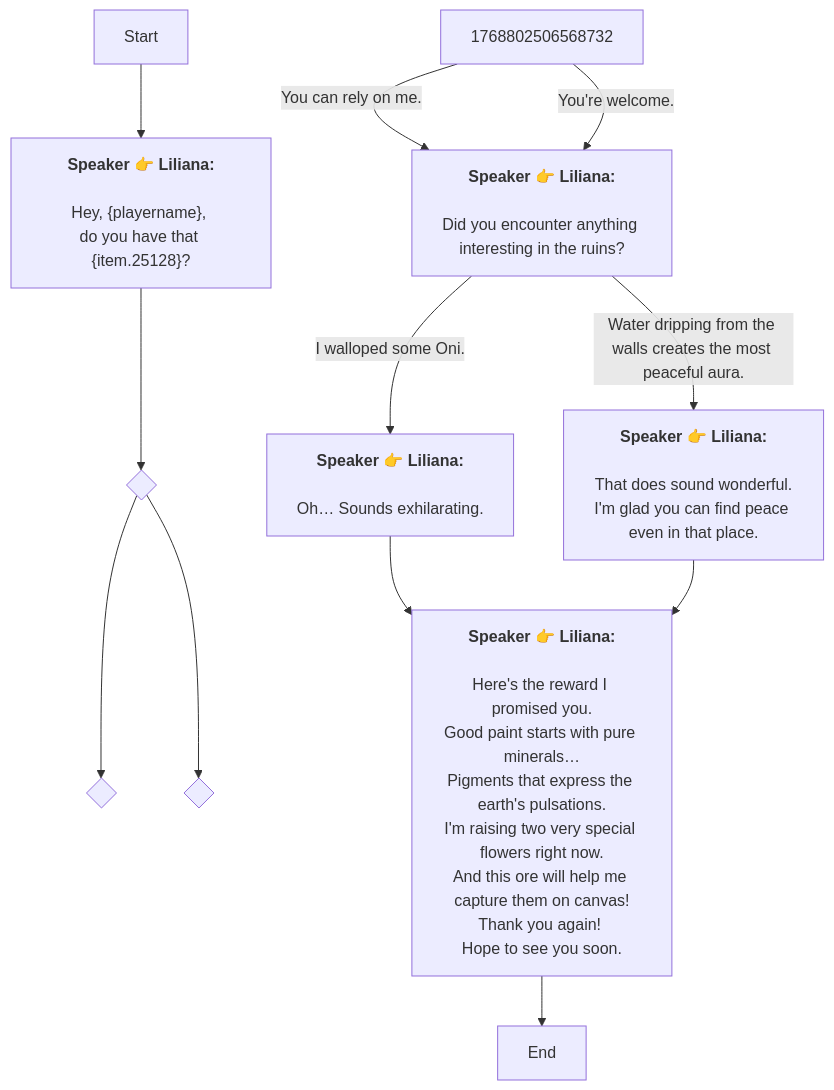
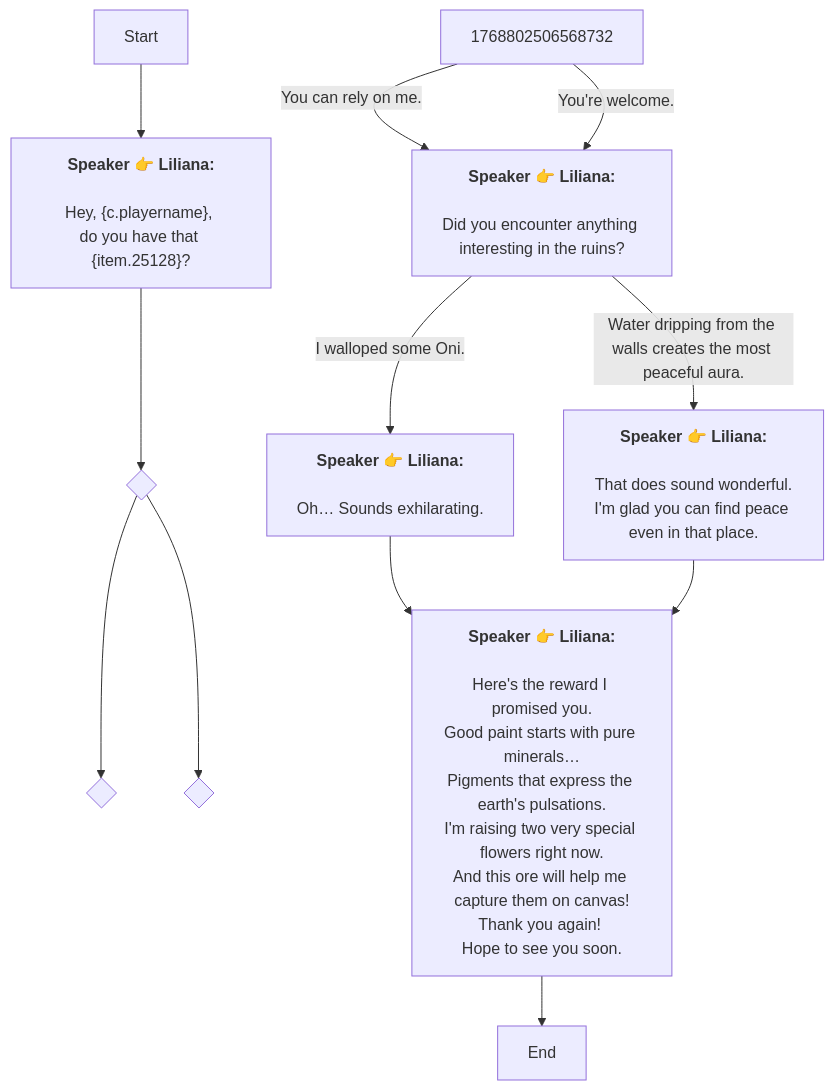
The diagram in En/QuestNPCDeliveryENode_1768802081762318.md (SoftHu/tos_avg), drawn with Mermaid before and after one commit. The commit also changed 410 other files, not shown here.

````diff
--- a/En/QuestNPCDeliveryENode_1768802081762318.md
+++ b/En/QuestNPCDeliveryENode_1768802081762318.md
@@ -1,30 +1,30 @@
 ```mermaid
 graph
 Start -->1768802449917971[<b>Speaker 👉 Liliana:</b>
-\nHey, &lbrace;playername&rbrace;, 
+\nHey, &lbrace;c.playername&rbrace;, 
 do you have that &lbrace;item.25128&rbrace;?]
 1768802449917971 -->1768802426206226{ }
 1768802426206226 -->1768802472486932{ }
 1768802426206226 -->1768802491199513{ }
 1768802506568732 -->|You can rely on me.|1768802614336548[<b>Speaker 👉 Liliana:</b>
 \nDid you encounter anything interesting in the ruins?]
 1768802506568732 -->|You're welcome.|1768802614336548[<b>Speaker 👉 Liliana:</b>
 \nDid you encounter anything interesting in the ruins?]
 1768802614336548 -->|I walloped some Oni.|1768802653325354[<b>Speaker 👉 Liliana:</b>
 \nOh… Sounds exhilarating.]
 1768802614336548 -->|Water dripping from the walls creates the most peaceful aura.|1768802663928875[<b>Speaker 👉 Liliana:</b>
 \nThat does sound wonderful.
-I'm glad you can find peace even in that place. ]
+I'm glad you can find peace even in that place.]
 1768802653325354 -->1768802679028780[<b>Speaker 👉 Liliana:</b>
 \nHere's the reward I promised you.\nGood paint starts with pure minerals…
 Pigments that express the earth's pulsations.\nI'm raising two very special flowers right now.
 And this ore will help me capture them on canvas!\nThank you again! 
 Hope to see you soon.]
 1768802679028780 -->1768802558461981[End]
 1768802663928875 -->1768802679028780[<b>Speaker 👉 Liliana:</b>
 \nHere's the reward I promised you.\nGood paint starts with pure minerals…
 Pigments that express the earth's pulsations.\nI'm raising two very special flowers right now.
 And this ore will help me capture them on canvas!\nThank you again! 
 Hope to see you soon.]
 
 ```
````
